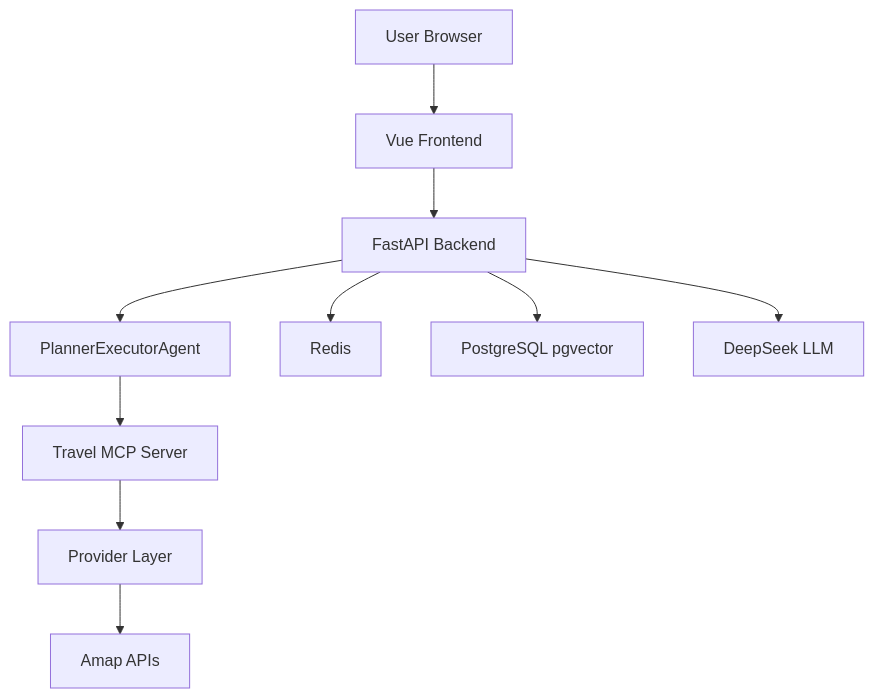
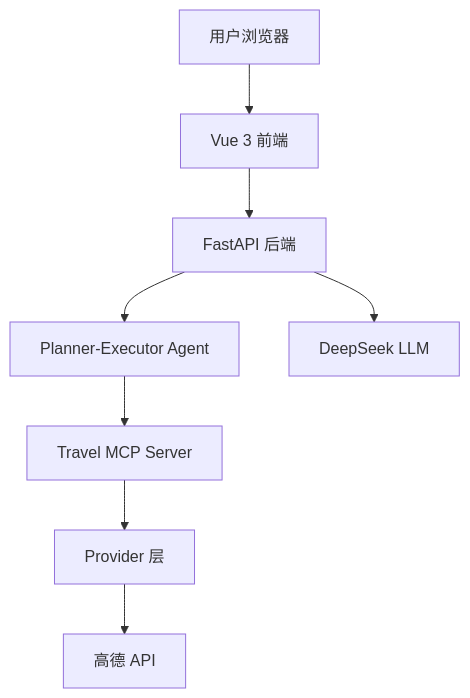
Before and after one commit to Kitty-0512/ai-travel-helper: the diagram in README.md, drawn with Mermaid. The commit also changed other lines of this file, not shown here.

````diff
--- a/README.md
+++ b/README.md
@@ -31,12 +34,10 @@
 ```mermaid
 flowchart TD
-    User[User Browser] --> Frontend[Vue Frontend]
-    Frontend --> Backend[FastAPI Backend]
-    Backend --> Agent[PlannerExecutorAgent]
+    User[用户浏览器] --> Frontend[Vue 3 前端]
+    Frontend --> Backend[FastAPI 后端]
+    Backend --> Agent[Planner-Executor Agent]
     Agent --> MCP[Travel MCP Server]
-    MCP --> Providers[Provider Layer]
-    Providers --> Amap[Amap APIs]
-    Backend --> Redis[Redis]
-    Backend --> Postgres[PostgreSQL pgvector]
+    MCP --> Providers[Provider 层]
+    Providers --> Amap[高德 API]
     Backend --> DeepSeek[DeepSeek LLM]
 ```
````
